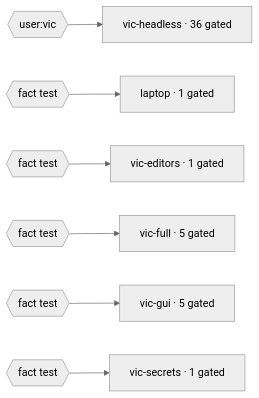
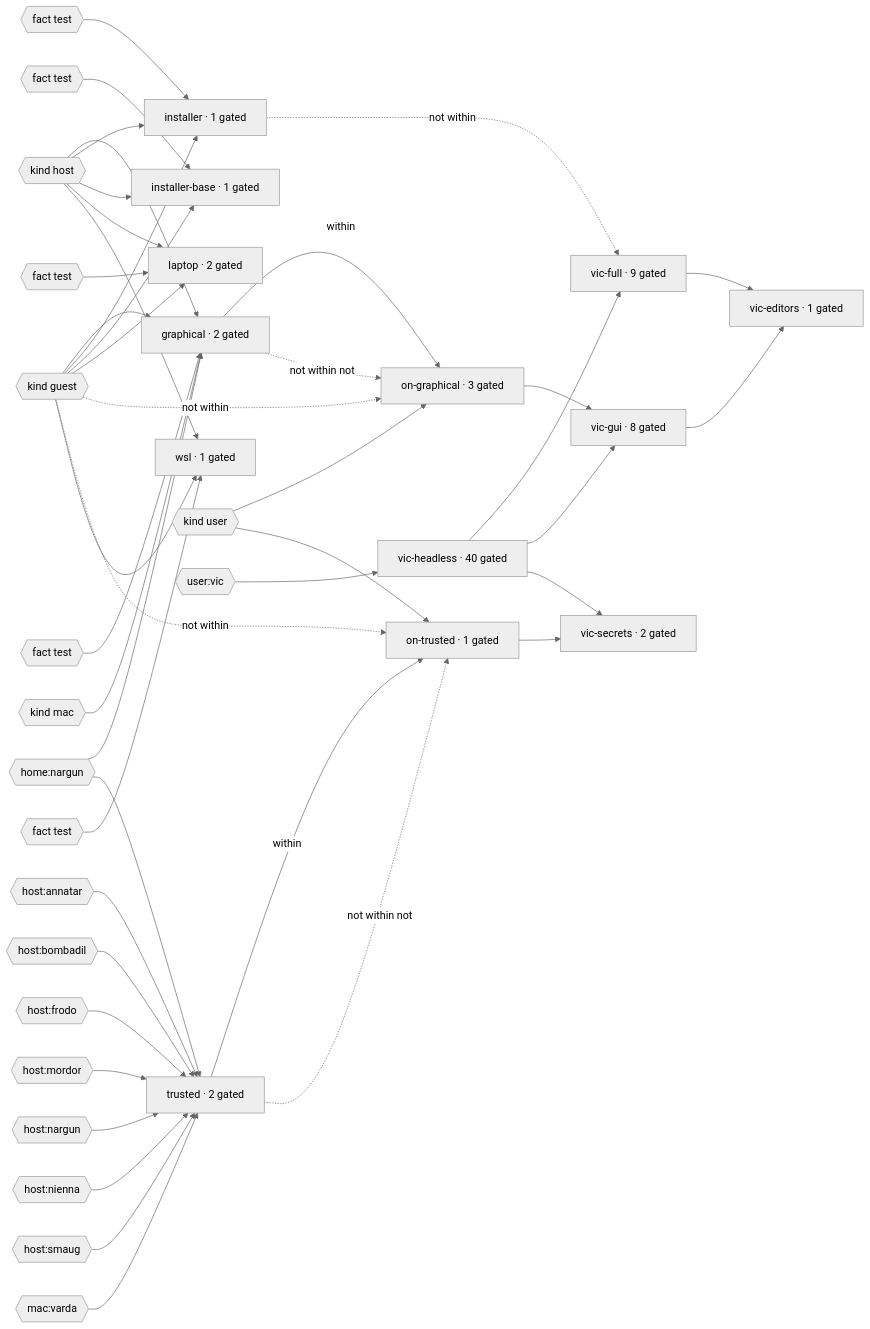
One commit to vic/vix changed the fourth of 11 diagrams in README.md. Above: the diagram before and after it, drawn with Mermaid (neutral theme). The commit also changed other lines of this file and 21 other files, not shown here.

Commit message:
vix uses yen batteries: mermaid (gates, scopes, sinks, flowchart, kinds), docs.table, github.yaml, cachix, files.writer/comment, nixos.hostname, darwin.system, exports.modules, home-manager.into-host; README + ci.yml regenerated

````diff
--- a/README.md
+++ b/README.md
@@ -281,21 +289,78 @@
 ```mermaid
 flowchart LR
-  n4acd136661["laptop · 1 gated"]
+  n377af21273["graphical · 2 gated"]
+  n62d07aff29["installer · 1 gated"]
+  n489f1a3a7d["installer-base · 1 gated"]
+  n4acd136661["laptop · 2 gated"]
+  n89bdb1eb07["on-graphical · 3 gated"]
+  ne40bbc70fd["on-trusted · 1 gated"]
+  nd00631bc9e["trusted · 2 gated"]
   nb8a30fbac2["vic-editors · 1 gated"]
-  n2eac2f0a06["vic-full · 5 gated"]
-  n67fc7dd90e["vic-gui · 5 gated"]
-  n130a7d4796["vic-headless · 36 gated"]
-  n5504f43c35["vic-secrets · 1 gated"]
+  n2eac2f0a06["vic-full · 9 gated"]
+  n67fc7dd90e["vic-gui · 8 gated"]
+  n130a7d4796["vic-headless · 40 gated"]
+  n5504f43c35["vic-secrets · 2 gated"]
+  nfd885d7cc3["wsl · 1 gated"]
+  n5bda577d20{{"home:nargun"}}
+  n10ce26b672{{"host:annatar"}}
+  nd742cd629a{{"host:bombadil"}}
+  n7337c9f8ea{{"host:frodo"}}
+  n1f78aba788{{"host:mordor"}}
+  nb8b5780427{{"host:nargun"}}
+  ndcd47d0930{{"host:nienna"}}
+  n3b8bd95985{{"host:smaug"}}
+  n596880b4b3{{"kind guest"}}
+  n8605f65baa{{"kind host"}}
+  n3035c9d5f5{{"kind mac"}}
+  n2986fe4f7b{{"kind user"}}
+  necdfc4a2eb{{"mac:varda"}}
   nc23988abcb{{"user:vic"}}
+  ne34e0a57d0{{"fact test"}}
+  ne8e4c026ed{{"fact test"}}
+  nb3b6c0d23e{{"fact test"}}
   n3475f654b5{{"fact test"}}
-  n0986dbdf58{{"fact test"}}
-  nf40735cd8c{{"fact test"}}
-  n9b1e1ac5b3{{"fact test"}}
-  n4aac55af95{{"fact test"}}
+  n5ed268c2e8{{"fact test"}}
+  n5bda577d20 --> n377af21273
+  n8605f65baa --> n377af21273
+  n596880b4b3 --> n377af21273
+  ne34e0a57d0 --> n377af21273
+  n3035c9d5f5 --> n377af21273
+  n8605f65baa --> n62d07aff29
+  n596880b4b3 --> n62d07aff29
+  ne8e4c026ed --> n62d07aff29
+  n8605f65baa --> n489f1a3a7d
+  n596880b4b3 --> n489f1a3a7d
+  nb3b6c0d23e --> n489f1a3a7d
+  n8605f65baa --> n4acd136661
+  n596880b4b3 --> n4acd136661
   n3475f654b5 --> n4acd136661
-  n0986dbdf58 --> nb8a30fbac2
-  nf40735cd8c --> n2eac2f0a06
-  n9b1e1ac5b3 --> n67fc7dd90e
+  n2986fe4f7b --> n89bdb1eb07
+  n377af21273 -->|"within"| n89bdb1eb07
+  n596880b4b3 -.->|"not within"| n89bdb1eb07
+  n377af21273 -.->|"not within not"| n89bdb1eb07
+  n2986fe4f7b --> ne40bbc70fd
+  nd00631bc9e -->|"within"| ne40bbc70fd
+  n596880b4b3 -.->|"not within"| ne40bbc70fd
+  nd00631bc9e -.->|"not within not"| ne40bbc70fd
+  n10ce26b672 --> nd00631bc9e
+  nd742cd629a --> nd00631bc9e
+  n7337c9f8ea --> nd00631bc9e
+  n5bda577d20 --> nd00631bc9e
+  n1f78aba788 --> nd00631bc9e
+  nb8b5780427 --> nd00631bc9e
+  ndcd47d0930 --> nd00631bc9e
+  n3b8bd95985 --> nd00631bc9e
+  necdfc4a2eb --> nd00631bc9e
+  n2eac2f0a06 --> nb8a30fbac2
+  n67fc7dd90e --> nb8a30fbac2
+  n130a7d4796 --> n2eac2f0a06
+  n62d07aff29 -.->|"not within"| n2eac2f0a06
+  n130a7d4796 --> n67fc7dd90e
+  n89bdb1eb07 --> n67fc7dd90e
   nc23988abcb --> n130a7d4796
-  n4aac55af95 --> n5504f43c35
+  n130a7d4796 --> n5504f43c35
+  ne40bbc70fd --> n5504f43c35
+  n8605f65baa --> nfd885d7cc3
+  n596880b4b3 --> nfd885d7cc3
+  n5ed268c2e8 --> nfd885d7cc3
 ```
````
